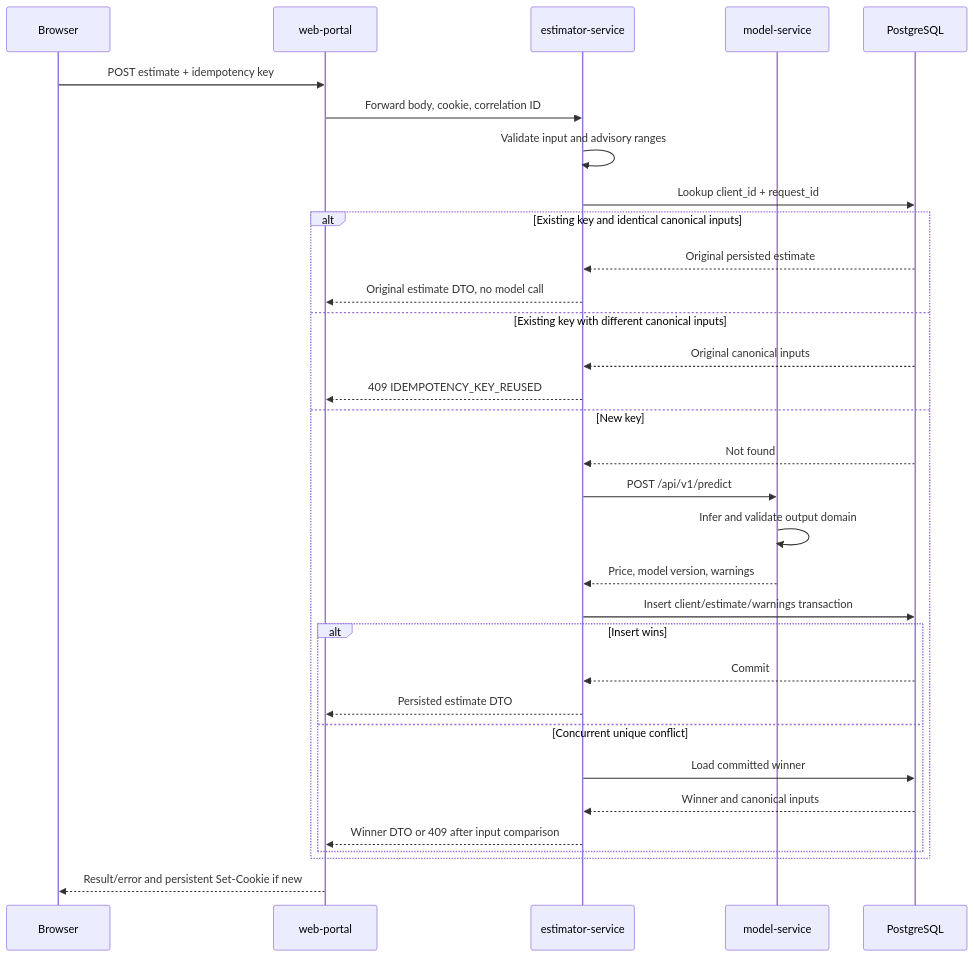
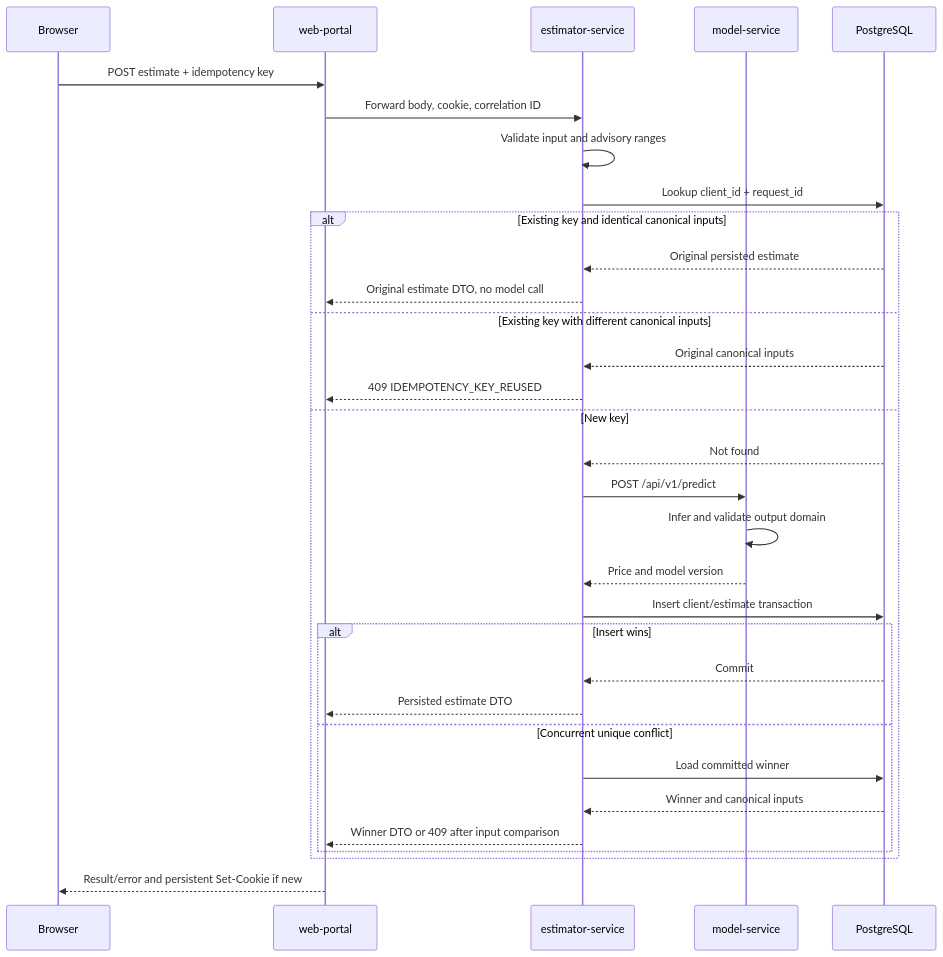
One commit to ChenhuaFan/house-price-estimator changed the second of 3 diagrams in docs/architecture.md. Above: the diagram before and after it, drawn with Mermaid. The commit also changed other lines of this file and 17 other files, not shown here.

Commit message:
refactor: remove persisted estimate warnings

````diff
--- a/docs/architecture.md
+++ b/docs/architecture.md
@@ -219,35 +219,35 @@
 ```mermaid
 sequenceDiagram
     participant B as Browser
     participant W as web-portal
     participant E as estimator-service
     participant M as model-service
     participant D as PostgreSQL
 
     B->>W: POST estimate + idempotency key
     W->>E: Forward body, cookie, correlation ID
     E->>E: Validate input and advisory ranges
     E->>D: Lookup client_id + request_id
     alt Existing key and identical canonical inputs
         D-->>E: Original persisted estimate
         E-->>W: Original estimate DTO, no model call
     else Existing key with different canonical inputs
         D-->>E: Original canonical inputs
         E-->>W: 409 IDEMPOTENCY_KEY_REUSED
     else New key
         D-->>E: Not found
         E->>M: POST /api/v1/predict
         M->>M: Infer and validate output domain
-        M-->>E: Price, model version, warnings
-        E->>D: Insert client/estimate/warnings transaction
+        M-->>E: Price and model version
+        E->>D: Insert client/estimate transaction
         alt Insert wins
             D-->>E: Commit
             E-->>W: Persisted estimate DTO
         else Concurrent unique conflict
             E->>D: Load committed winner
             D-->>E: Winner and canonical inputs
             E-->>W: Winner DTO or 409 after input comparison
         end
     end
     W-->>B: Result/error and persistent Set-Cookie if new
 ```
````
